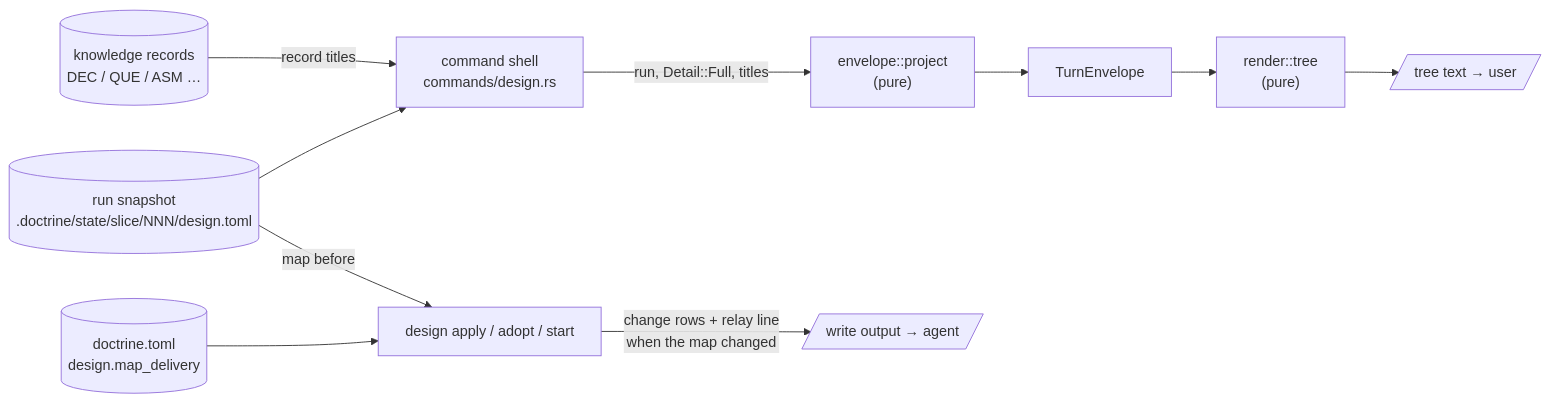
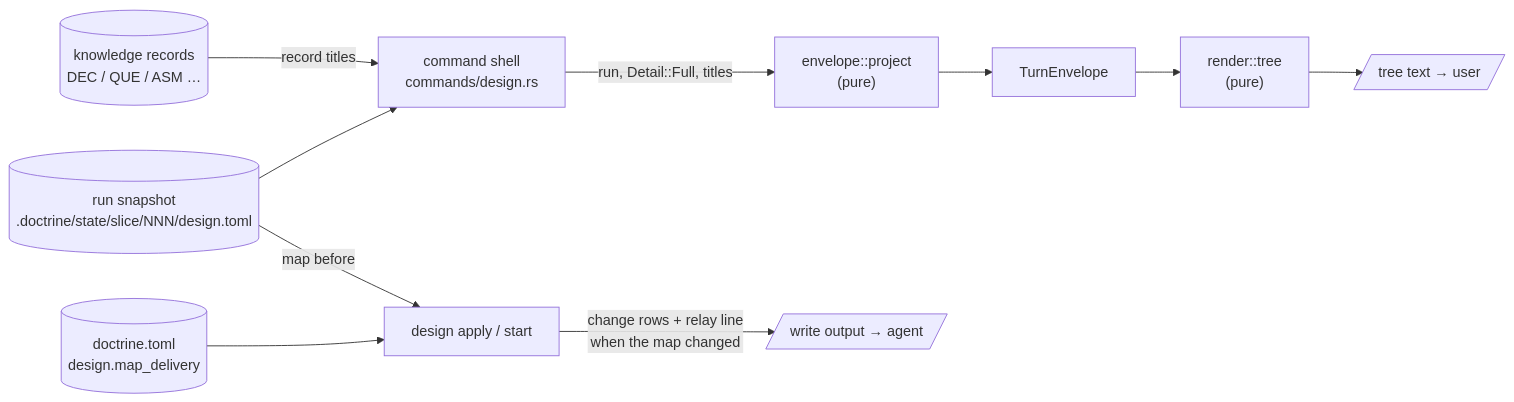
One commit to davidlee/doctrine changed the first of 2 diagrams in .doctrine/slice/266/design.md. Above: the diagram before and after it, drawn with Mermaid. The commit also changed other lines of this file and 3 other files, not shown here.

````diff
--- a/.doctrine/slice/266/design.md
+++ b/.doctrine/slice/266/design.md
@@ -31,20 +31,20 @@
 ```mermaid
 flowchart LR
   snap[(run snapshot<br/>.doctrine/state/slice/NNN/design.toml)]
   corpus[(knowledge records<br/>DEC / QUE / ASM …)]
   cfg[(doctrine.toml<br/>design.map_delivery)]
   shell[command shell<br/>commands/design.rs]
   proj["envelope::project<br/>(pure)"]
   env[TurnEnvelope]
   tree["render::tree<br/>(pure)"]
-  apply[design apply / adopt / start]
+  apply[design apply / start]
   out1[/tree text → user/]
   out2[/write output → agent/]
 
   snap --> shell
   corpus -- record titles --> shell
   shell -- "run, Detail::Full, titles" --> proj --> env --> tree --> out1
   cfg --> apply
   snap -- "map before" --> apply
   apply -- "change rows + relay line<br/>when the map changed" --> out2
 ```
````
